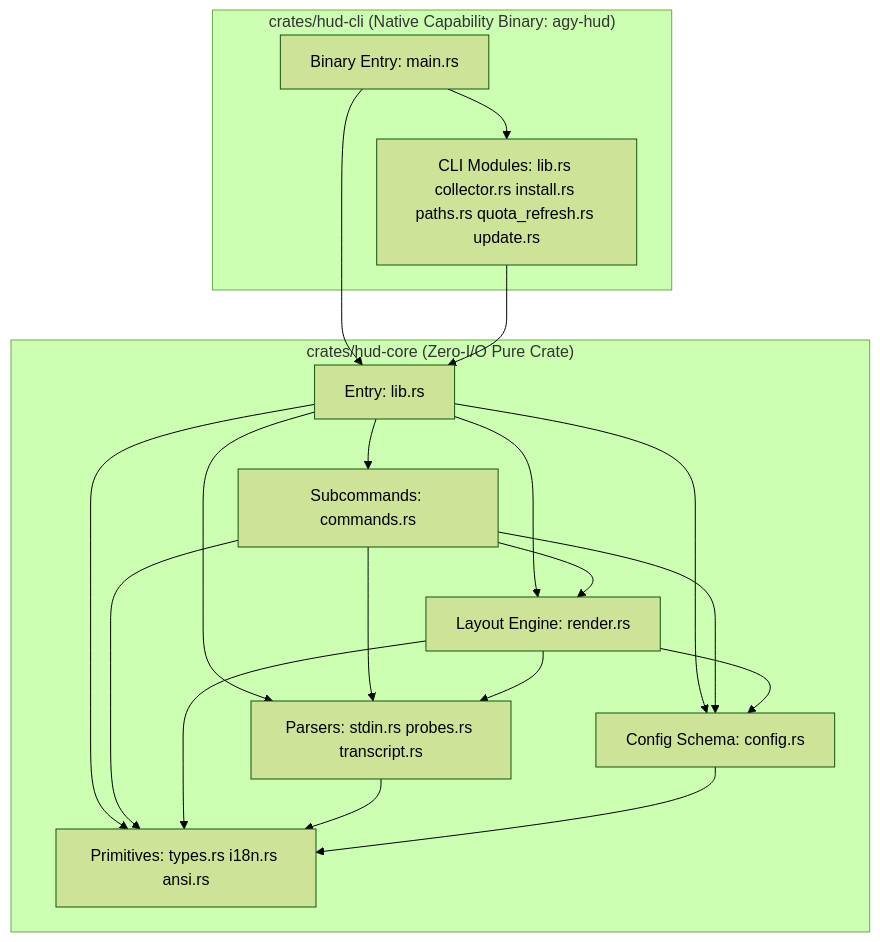
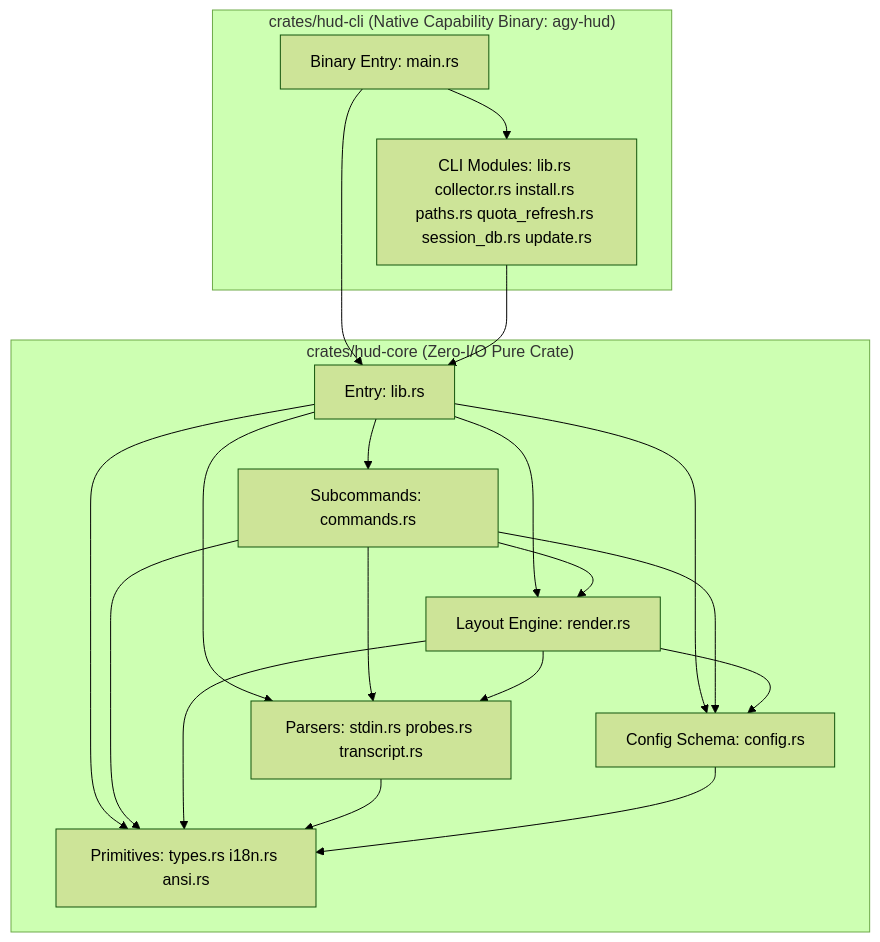
The diagram in ARCHITECTURE.md (maxlee/agy-hud), drawn with Mermaid (forest theme) before and after one commit. The commit also changed other lines of this file and 24 other files, not shown here.

````diff
--- a/ARCHITECTURE.md
+++ b/ARCHITECTURE.md
@@ -35,24 +35,24 @@
 ```mermaid
 flowchart TD
   subgraph CLI["crates/hud-cli (Native Capability Binary: agy-hud)"]
     cli_main["Binary Entry: main.rs"]
-    cli_lib["CLI Modules: lib.rs collector.rs install.rs paths.rs quota_refresh.rs update.rs"]
+    cli_lib["CLI Modules: lib.rs collector.rs install.rs paths.rs quota_refresh.rs session_db.rs update.rs"]
   end
 
   subgraph CORE["crates/hud-core (Zero-I/O Pure Crate)"]
     lib["Entry: lib.rs"]
     commands["Subcommands: commands.rs"]
     render["Layout Engine: render.rs"]
     parsers["Parsers: stdin.rs probes.rs transcript.rs"]
     config["Config Schema: config.rs"]
     shared["Primitives: types.rs i18n.rs ansi.rs"]
   end
 
   cli_main --> cli_lib & lib
   cli_lib --> lib
   lib --> commands & render & parsers & config & shared
   commands --> config & parsers & render & shared
   render --> config & parsers & shared
   parsers --> shared
   config --> shared
 ```
````
